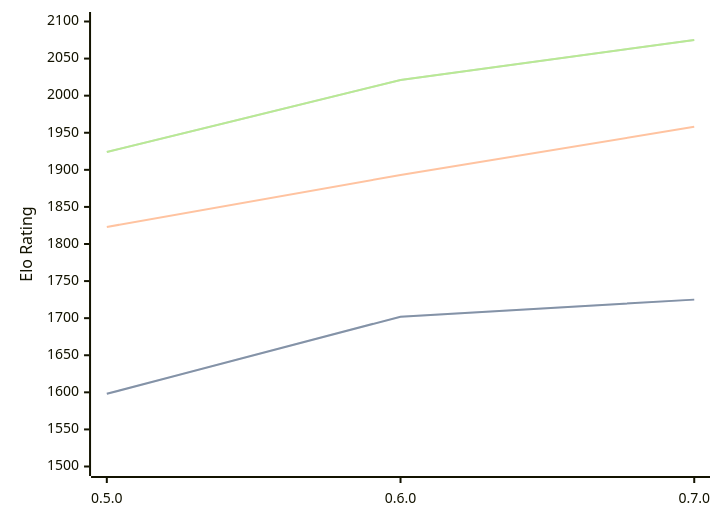
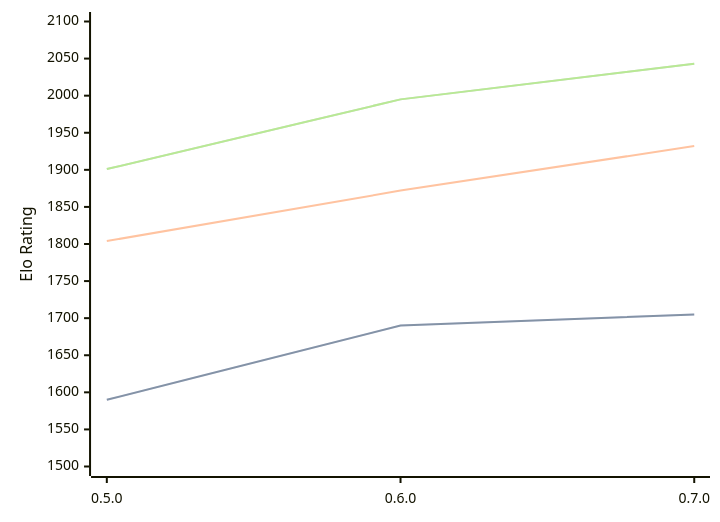
One commit to computer-chess-index/cci changed the diagram in engines/Chess-rs.md. Above: the diagram before and after it, drawn with Mermaid. The commit also changed other lines of this file, not shown here.

Commit message:
Update CCI Ratings (ELO VLTC) - 2026-05-19

````diff
--- a/engines/Chess-rs.md
+++ b/engines/Chess-rs.md
@@ -41,11 +41,11 @@
 ```mermaid
 %%{init: {"theme":"base","themeVariables":{"seriesColors:['#a3a3a3','#222221','#faa371']}}}%%
 xychart-beta
   x-axis ["0.5.0", "0.6.0", "0.7.0"]
   y-axis "Elo Rating" 1500 --> 2100
-  line "STC (8.0+0.08s)" [1598, 1702, 1725]
-  line "STC (8.0+0.08s)" [1598, 1702, 1725]
-  line "LTC (60.0+0.60s)" [1823, 1893, 1958]
-  line "VLTC (2m24s+1.12s)" [1924, 2021, 2075]
-  line "VLTC (2m24s+1.12s)" [1924, 2021, 2075]
+  line "STC (8.0+0.08s)" [1590, 1690, 1705]
+  line "STC (8.0+0.08s)" [1590, 1690, 1705]
+  line "LTC (60.0+0.60s)" [1804, 1872, 1932]
+  line "VLTC (2m24s+1.12s)" [1901, 1995, 2043]
+  line "VLTC (2m24s+1.12s)" [1901, 1995, 2043]
 ```
````
